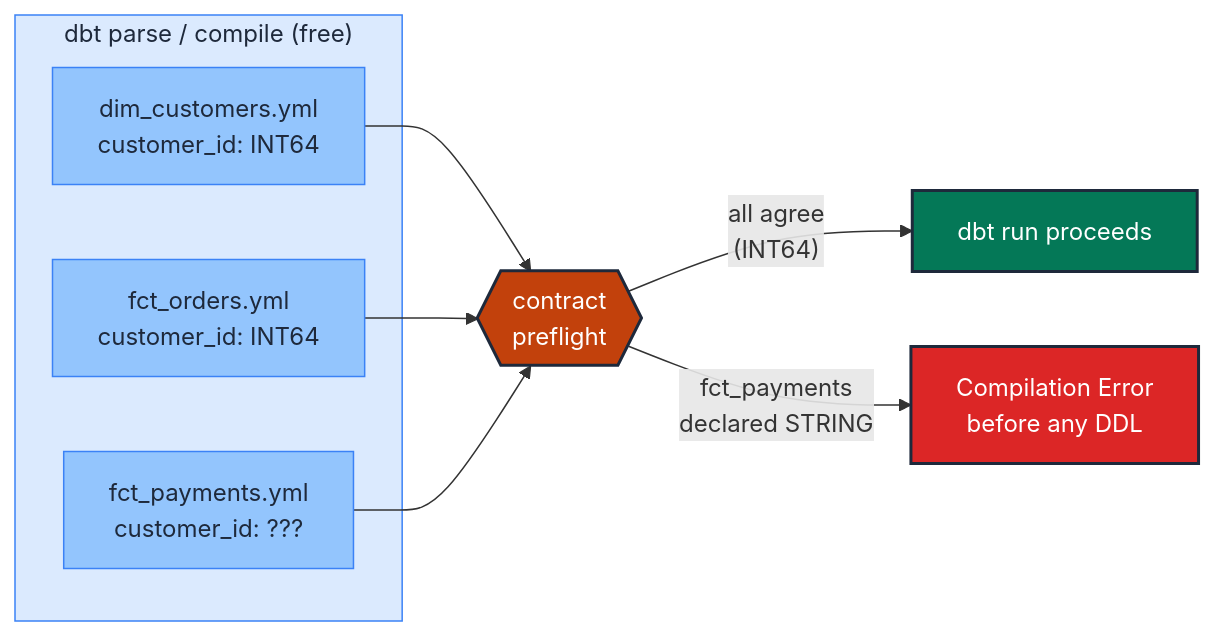
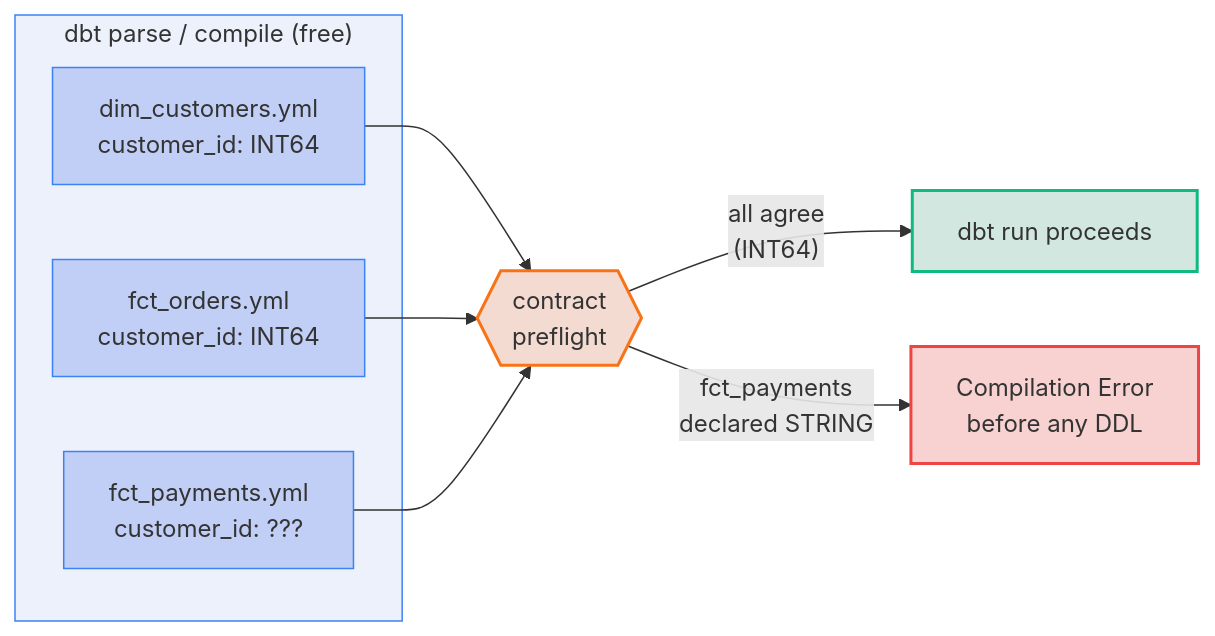
One commit to neozenith/dbt-gcp-jaffleshop changed the diagram in docs/guides/testing_taxonomy/entity/EN-06-type-stable-join.md. Above: the diagram before and after it, drawn with Mermaid. The commit also changed 36 other files, not shown here.

First line of the commit message:
docs(taxonomy): rework guide entry-point + WCAG-AAA dual-theme mermaid palette (#19)

````diff
--- a/docs/guides/testing_taxonomy/entity/EN-06-type-stable-join.md
+++ b/docs/guides/testing_taxonomy/entity/EN-06-type-stable-join.md
@@ -95,24 +95,24 @@
 ```mermaid
 flowchart LR
     subgraph beforeBuild["dbt parse / compile (free)"]
         c1["dim_customers.yml<br/>customer_id: INT64"]:::entitySecondary
         c2["fct_orders.yml<br/>customer_id: INT64"]:::entitySecondary
         c3["fct_payments.yml<br/>customer_id: ???"]:::entitySecondary
     end
 
     preflight{{"contract<br/>preflight"}}:::gate
 
     c1 --> preflight
     c2 --> preflight
     c3 --> preflight
 
     preflight -- "all agree<br/>(INT64)" --> build["dbt run proceeds"]:::ok
     preflight -- "fct_payments<br/>declared STRING" --> stop["Compilation Error<br/>before any DDL"]:::fail
 
     class beforeBuild sgEntity
-    classDef entitySecondary fill:#93c5fd,stroke:#3b82f6,color:#1e293b,stroke-width:1px
-    classDef sgEntity       fill:#dbeafe,stroke:#3b82f6,color:#1e293b
-    classDef gate           fill:#c2410c,stroke:#1e293b,color:#fff,stroke-width:2px
-    classDef ok             fill:#047857,stroke:#1e293b,color:#fff,stroke-width:2px
-    classDef fail           fill:#dc2626,stroke:#1e293b,color:#fff,stroke-width:2px
+    classDef entitySecondary fill:#1d4ed836,stroke:#3b82f6,stroke-width:1px
+    classDef sgEntity fill:#1d4ed814,stroke:#3b82f6,stroke-width:1px
+    classDef gate fill:#c2410c30,stroke:#f97316,stroke-width:2px
+    classDef ok fill:#0478572e,stroke:#10b981,stroke-width:2px
+    classDef fail fill:#dc262636,stroke:#ef4444,stroke-width:2px
 ```
````
